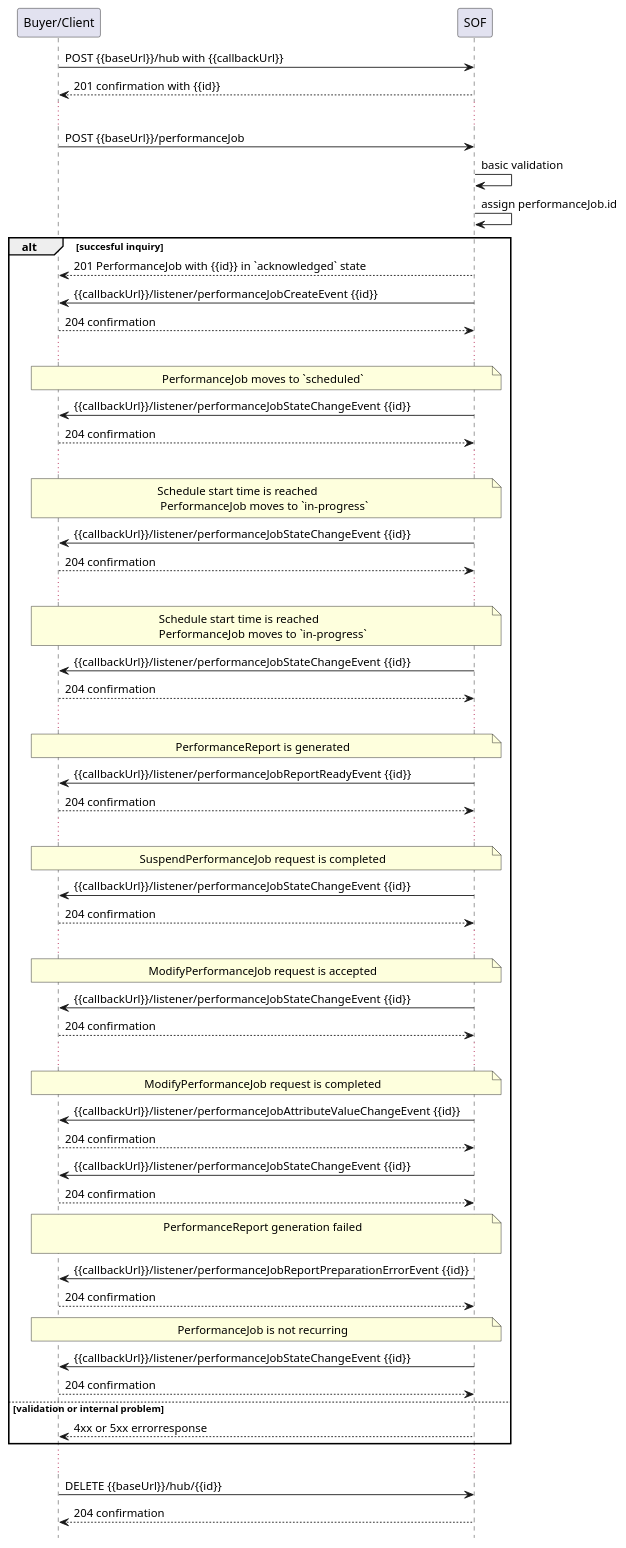
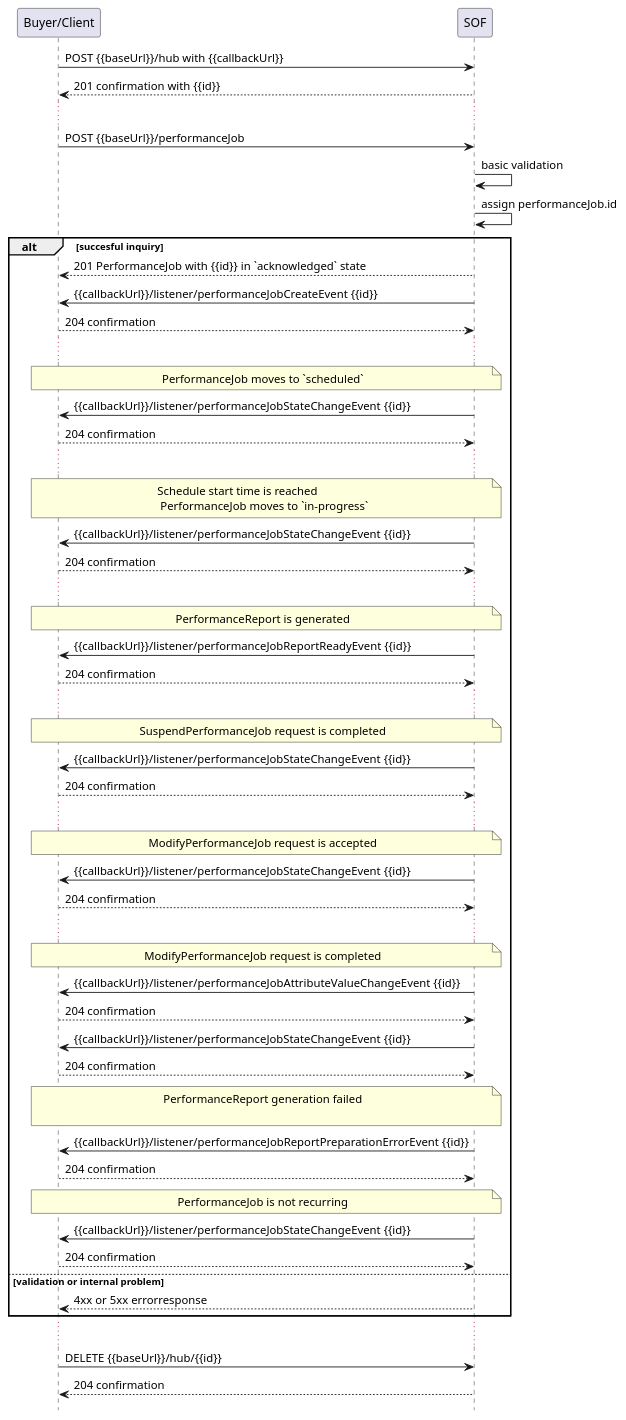
The diagram in documentation/serviceApi/pm/performance/media/src/notificationsForPerformanceJob.puml (MEF-GIT/MEF-LSO-Legato-SDK), drawn with PlantUML before and after one commit. The commit also changed 99 other files, not shown here.

```diff
--- a/documentation/serviceApi/pm/performance/media/src/notificationsForPerformanceJob.puml
+++ b/documentation/serviceApi/pm/performance/media/src/notificationsForPerformanceJob.puml
@@ -1,76 +1,71 @@
 @startuml notificationsForPerformanceJob
 
 hide footbox
 
 participant "Buyer/Client" as B
 participant SOF
 
 B -> SOF : POST {{baseUrl}}/hub with {{callbackUrl}} 
 SOF --> B: 201 confirmation with {{id}}
 ...
 B -> SOF : POST {{baseUrl}}/performanceJob
 SOF -> SOF : basic validation
 SOF -> SOF : assign performanceJob.id
 
 alt succesful inquiry
   SOF --> B : 201 PerformanceJob with {{id}} in `acknowledged` state
   SOF -> B: {{callbackUrl}}/listener/performanceJobCreateEvent {{id}}
   B --> SOF : 204 confirmation  
   ...
 
   note over B, SOF : PerformanceJob moves to `scheduled`
   SOF -> B: {{callbackUrl}}/listener/performanceJobStateChangeEvent {{id}}
       B --> SOF : 204 confirmation
   ...
 
   note over B, SOF : Schedule start time is reached\n PerformanceJob moves to `in-progress`
-  SOF -> B: {{callbackUrl}}/listener/performanceJobStateChangeEvent {{id}}
-  B --> SOF : 204 confirmation
-  ...
-
-  note over B, SOF : Schedule start time is reached\nPerformanceJob moves to `in-progress`
   SOF -> B: {{callbackUrl}}/listener/performanceJobStateChangeEvent {{id}}
   B --> SOF : 204 confirmation
   ...
   
   note over B, SOF : PerformanceReport is generated
   SOF -> B: {{callbackUrl}}/listener/performanceJobReportReadyEvent {{id}}
   B --> SOF : 204 confirmation
   ...
 
   note over B, SOF : SuspendPerformanceJob request is completed
   SOF -> B: {{callbackUrl}}/listener/performanceJobStateChangeEvent {{id}}
   B --> SOF : 204 confirmation
   ...
 
   note over B, SOF : ModifyPerformanceJob request is accepted
   SOF -> B: {{callbackUrl}}/listener/performanceJobStateChangeEvent {{id}}
   B --> SOF : 204 confirmation
   ...
 
   note over B, SOF : ModifyPerformanceJob request is completed
   SOF -> B: {{callbackUrl}}/listener/performanceJobAttributeValueChangeEvent {{id}}
   B --> SOF : 204 confirmation
 
   SOF -> B: {{callbackUrl}}/listener/performanceJobStateChangeEvent {{id}}
   B --> SOF : 204 confirmation
 
   note over B, SOF : PerformanceReport generation failed\n
   SOF -> B: {{callbackUrl}}/listener/performanceJobReportPreparationErrorEvent {{id}}
   B --> SOF : 204 confirmation
 
   note over B, SOF : PerformanceJob is not recurring
   SOF -> B: {{callbackUrl}}/listener/performanceJobStateChangeEvent {{id}}
   B --> SOF : 204 confirmation
 
 
 else validation or internal problem
   SOF --> B : 4xx or 5xx errorresponse
 end 
 
 ...
 
 B -> SOF : DELETE {{baseUrl}}/hub/{{id}} 
 SOF -->  B : 204 confirmation
 
 @enduml
```
